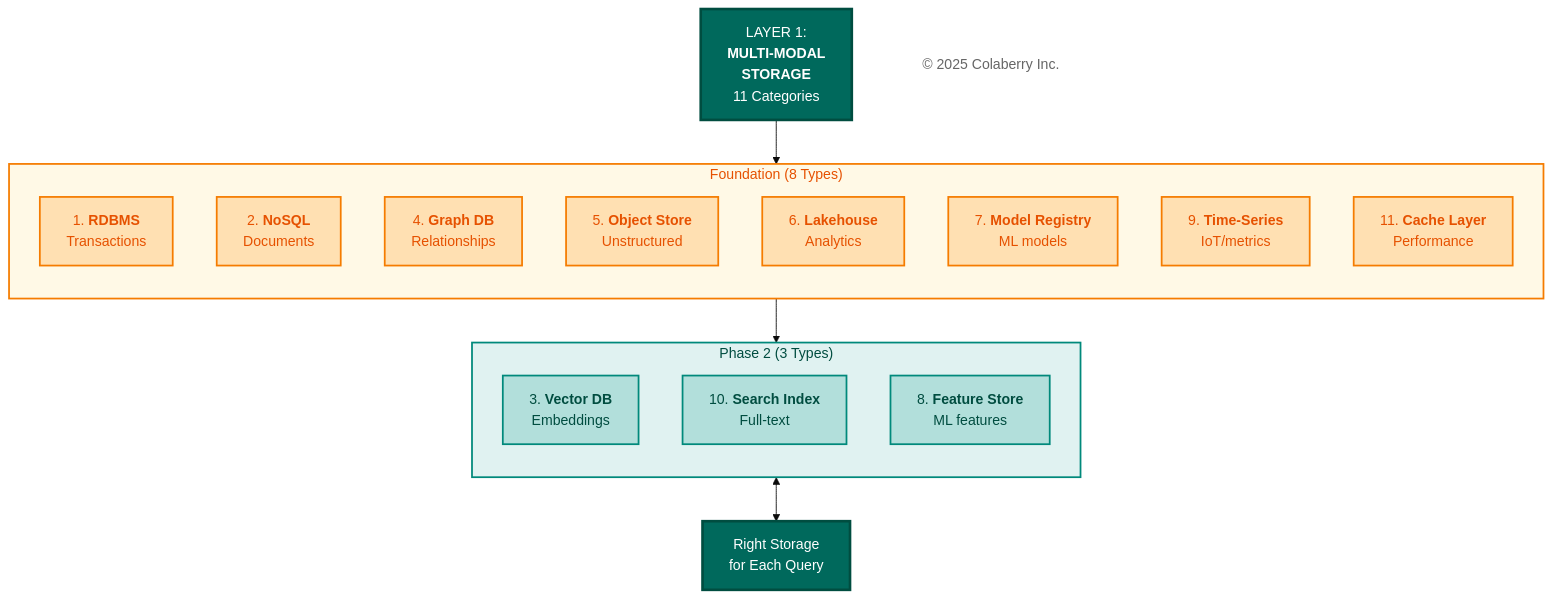
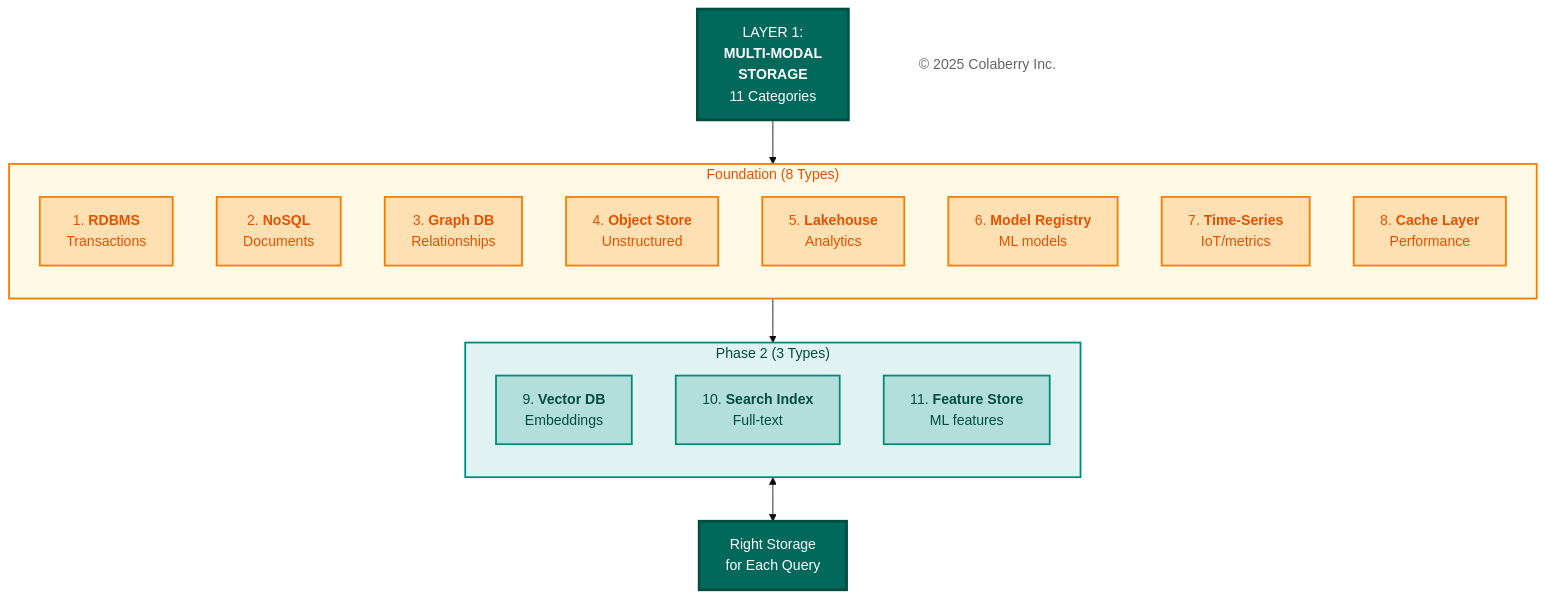
Before and after one commit to colaberry/trust-before-intelligence-book: the fifth of 11 diagrams in manuscript/05_chapter_4_foundation_layers.md, drawn with Mermaid (base theme). The commit also changed other lines of this file, not shown here.

First line of the commit message:
cleaning up the diagrams & narrative

````diff
--- a/manuscript/05_chapter_4_foundation_layers.md
+++ b/manuscript/05_chapter_4_foundation_layers.md
@@ -407,48 +407,48 @@
 ```mermaid
 
 graph TB
     TITLE["LAYER 1:<br/><b>MULTI-MODAL</b><br/><b>STORAGE</b><br/>11 Categories"]
     
     subgraph FOUNDATION["Foundation (8 Types)"]
         direction TB
         S1["1. <b>RDBMS</b><br/>Transactions"]
         S2["2. <b>NoSQL</b><br/>Documents"]
-        S3["4. <b>Graph DB</b><br/>Relationships"]
-        S4["5. <b>Object Store</b><br/>Unstructured"]
-        S5["6. <b>Lakehouse</b><br/>Analytics"]
-        S6["7. <b>Model Registry</b><br/>ML models"]
-        S7["9. <b>Time-Series</b><br/>IoT/metrics"]
-        S8["11. <b>Cache Layer</b><br/>Performance"]    
+        S3["3. <b>Graph DB</b><br/>Relationships"]
+        S4["4. <b>Object Store</b><br/>Unstructured"]
+        S5["5. <b>Lakehouse</b><br/>Analytics"]
+        S6["6. <b>Model Registry</b><br/>ML models"]
+        S7["7. <b>Time-Series</b><br/>IoT/metrics"]
+        S8["8. <b>Cache Layer</b><br/>Performance"]    
     end
     
     subgraph PHASE2["Phase 2 (3 Types)"]
         direction TB
-        S9["3. <b>Vector DB</b><br/>Embeddings"]
+        S9["9. <b>Vector DB</b><br/>Embeddings"]
         S10["10. <b>Search Index</b><br/>Full-text"]
-        S11["8. <b>Feature Store</b><br/>ML features"]
+        S11["11. <b>Feature Store</b><br/>ML features"]
     end
     
     OUTPUT["Right Storage<br/>for Each Query"]
     
     Copyright["© 2025 Colaberry Inc."]
     
     TITLE --> FOUNDATION --> PHASE2 <--> OUTPUT
     
     style TITLE fill:#00695c,color:#ffffff,stroke:#004d40,stroke-width:3px
     style FOUNDATION fill:#fff9e6,stroke:#f57c00,stroke-width:2px,color:#e65100
     style PHASE2 fill:#e0f2f1,stroke:#00897b,stroke-width:2px,color:#004d40
     style S1 fill:#ffe0b2,stroke:#f57c00,stroke-width:2px,color:#e65100
     style S2 fill:#ffe0b2,stroke:#f57c00,stroke-width:2px,color:#e65100
     style S3 fill:#ffe0b2,stroke:#f57c00,stroke-width:2px,color:#e65100
     style S4 fill:#ffe0b2,stroke:#f57c00,stroke-width:2px,color:#e65100
     style S5 fill:#ffe0b2,stroke:#f57c00,stroke-width:2px,color:#e65100
     style S6 fill:#ffe0b2,stroke:#f57c00,stroke-width:2px,color:#e65100
     style S7 fill:#ffe0b2,stroke:#f57c00,stroke-width:2px,color:#e65100
     style S8 fill:#ffe0b2,stroke:#f57c00,stroke-width:2px,color:#e65100
     style S9 fill:#b2dfdb,stroke:#00897b,stroke-width:2px,color:#004d40
     style S10 fill:#b2dfdb,stroke:#00897b,stroke-width:2px,color:#004d40
     style S11 fill:#b2dfdb,stroke:#00897b,stroke-width:2px,color:#004d40
     style OUTPUT fill:#00695c,color:#ffffff,stroke:#004d40,stroke-width:3px
     style Copyright fill:#ffffff,stroke:none,color:#666666
 
 ```
````
